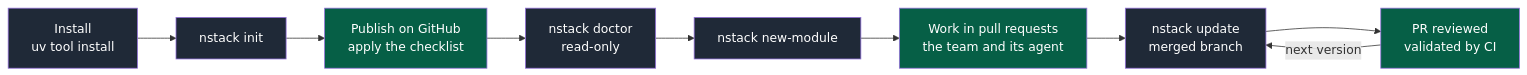
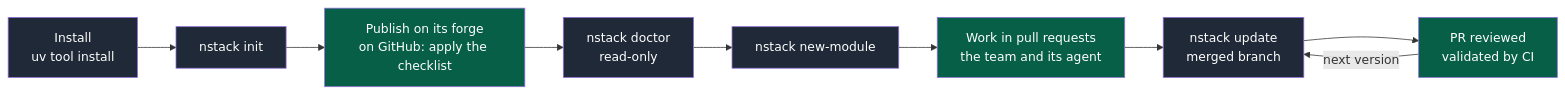
Before and after one commit to NapkinStack/engineering-os: the first of 3 diagrams in README.md, drawn with Mermaid. The commit also changed other lines of this file and 3 other files, not shown here.

````diff
--- a/README.md
+++ b/README.md
@@ -14,14 +14,14 @@
 ```mermaid
 flowchart LR
     I["Install<br/>uv tool install"]:::cmd --> N["nstack init"]:::cmd
-    N --> G["Publish on GitHub<br/>apply the checklist"]:::human
+    N --> G["Publish on its forge<br/>on GitHub: apply the checklist"]:::human
     G --> D["nstack doctor<br/>read-only"]:::cmd
     D --> M["nstack new-module"]:::cmd
     M --> W["Work in pull requests<br/>the team and its agent"]:::human
     W --> U["nstack update<br/>merged branch"]:::cmd
     U --> P["PR reviewed<br/>validated by CI"]:::human
     P -->|"next version"| U
 
     classDef cmd fill:#1f2937,color:#fff
     classDef human fill:#065f46,color:#fff
 ```
````
